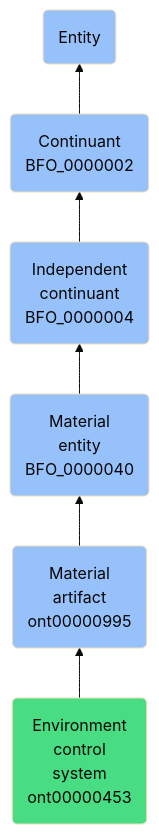
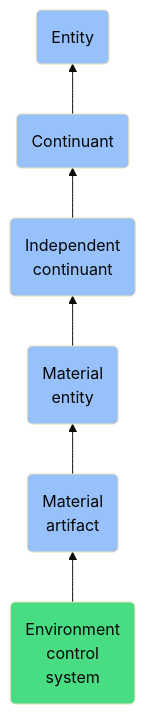
The diagram in docs/ontology/reference/model/Entity/Continuant/Independent continuant/Material entity/Material artifact/Environment control system/Environment control system.md (jupyter-naas/abi), drawn with Mermaid (base theme) before and after one commit. The commit also changed other lines of this file and 1430 other files, not shown here.

````diff
--- a/docs/ontology/reference/model/Entity/Continuant/Independent continuant/Material entity/Material artifact/Environment control system/Environment control system.md
+++ b/docs/ontology/reference/model/Entity/Continuant/Independent continuant/Material entity/Material artifact/Environment control system/Environment control system.md
@@ -24,13 +24,13 @@
 ```mermaid
 graph BT
-    ont00000453(Environment<br>control<br>system<br>ont00000453):::ABI-->ont00000995
-    ont00000995(Material<br>artifact<br>ont00000995):::BFO-->BFO_0000040
-    BFO_0000040(Material<br>entity<br>BFO_0000040):::BFO-->BFO_0000004
-    BFO_0000004(Independent<br>continuant<br>BFO_0000004):::BFO-->BFO_0000002
-    BFO_0000002(Continuant<br>BFO_0000002):::BFO-->BFO_0000001
+    ont00000453(Environment<br>control<br>system):::ABI-->ont00000995
+    ont00000995(Material<br>artifact):::BFO-->BFO_0000040
+    BFO_0000040(Material<br>entity):::BFO-->BFO_0000004
+    BFO_0000004(Independent<br>continuant):::BFO-->BFO_0000002
+    BFO_0000002(Continuant):::BFO-->BFO_0000001
     BFO_0000001(Entity):::BFO
     
     classDef BFO fill:#97c1fb,color:#060606
     classDef CCO fill:#e4c51e,color:#060606
     classDef ABI fill:#48DD82,color:#060606
 ```
````
